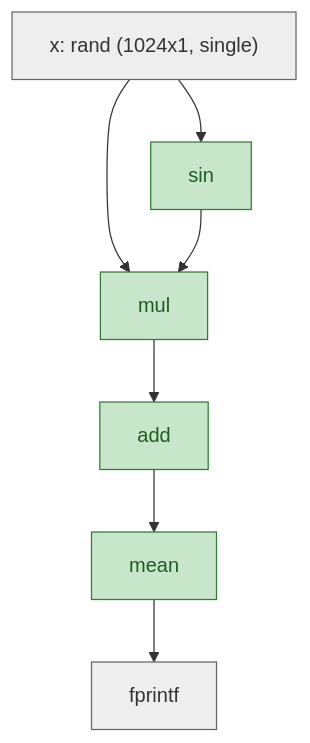
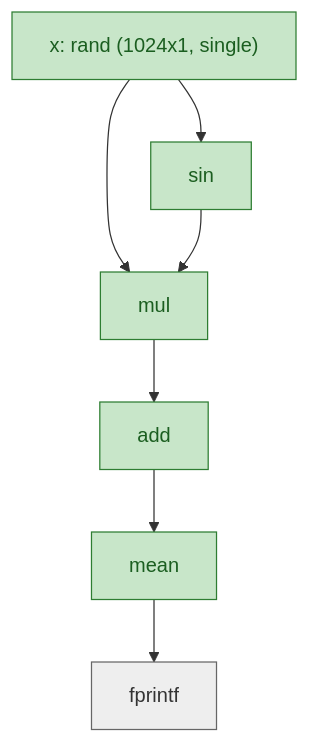
The second of 4 diagrams in docs/INTRODUCTION_TO_RUNMAT_GPU.md (runmat-org/runmat), drawn with Mermaid before and after one commit. The commit also changed other lines of this file, not shown here.

````diff
--- a/docs/INTRODUCTION_TO_RUNMAT_GPU.md
+++ b/docs/INTRODUCTION_TO_RUNMAT_GPU.md
@@ -80,12 +80,12 @@
 ```mermaid
 graph TD
-  X["x: rand (1024x1, single)"]:::cpu --> S[sin]:::gpu
-  X:::cpu --> M1[mul]:::gpu
+  X["x: rand (1024x1, single)"]:::gpu --> S[sin]:::gpu
+  X:::gpu --> M1[mul]:::gpu
   S:::gpu --> M1:::gpu
   M1:::gpu --> A1[add]:::gpu
   A1:::gpu --> R[mean]:::gpu
   R:::gpu --> P[fprintf]:::cpu
 
   classDef gpu fill:#c8e6c9,stroke:#2e7d32,color:#1b5e20,stroke-width:1px;
   classDef cpu fill:#eeeeee,stroke:#666,color:#333,stroke-width:1px;
 ```
````
